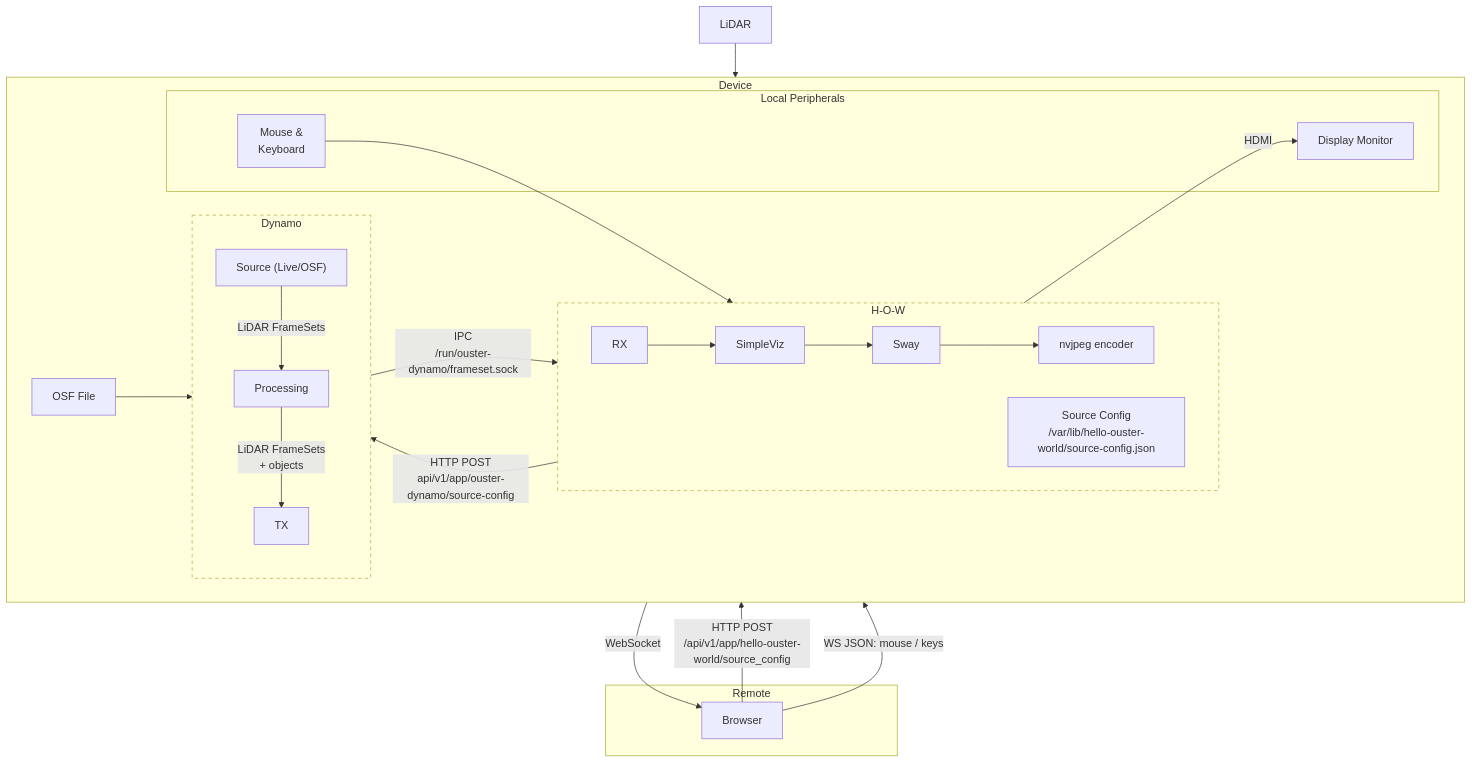
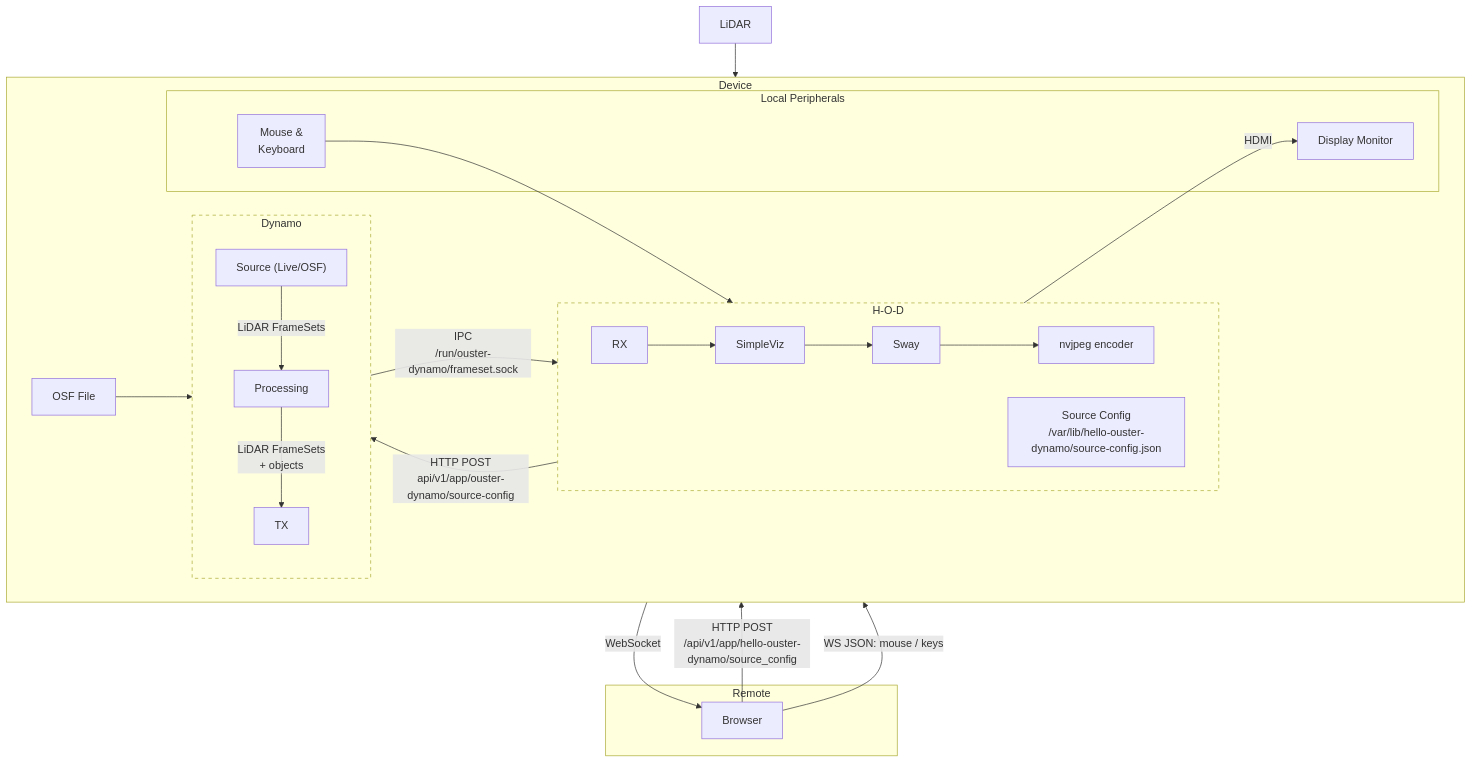
One commit to ouster-lidar/teka-sdk changed the diagram in apps/examples/hello-ouster-dynamo/docs/architecture.mmd. Above: the diagram before and after it, drawn with Mermaid. The commit also changed 34 other files, not shown here.

First line of the commit message:
apps: hello-ouster-dynamo: Give advanced viewer its own identity

```diff
--- a/apps/examples/hello-ouster-dynamo/docs/architecture.mmd
+++ b/apps/examples/hello-ouster-dynamo/docs/architecture.mmd
@@ -1,38 +1,38 @@
 flowchart TB
     subgraph device ["Device"]
         direction LR
         subgraph dyn ["Dynamo"]
             direction TB
             SRC["Source (Live/OSF)"] --> |"LiDAR FrameSets"|PROC["Processing"] --> |"LiDAR FrameSets</br>+ objects"|TXFS["TX"]
         end
         OSF["OSF File"] --> SRC
 
-        subgraph how ["H-O-W"]
+        subgraph dynamo_viewer ["H-O-D"]
             direction LR
             RXFS["RX"] --> SV["SimpleViz"] --> SWAY["Sway"]
-	    HOWSC["Source Config</br>/var/lib/hello-ouster-world/source-config.json"]
+	    HODSC["Source Config</br>/var/lib/hello-ouster-dynamo/source-config.json"]
             SWAY --> NVJPG["nvjpeg encoder"]
         end
 
         TXFS -->|"IPC<br/>/run/ouster-dynamo/frameset.sock"| RXFS
-        HOWSC -->|"HTTP POST</br>api/v1/app/ouster-dynamo/source-config"| SRC
+        HODSC -->|"HTTP POST</br>api/v1/app/ouster-dynamo/source-config"| SRC
 
         subgraph peripherals ["Local Peripherals"]
             MONITOR["Display Monitor"]
             MKBD["Mouse &<br/>Keyboard"]
         end
     end
 
     subgraph remote ["Remote"]
         BR["Browser"]
     end
-    
+
     LIDAR["LiDAR"] --> SRC
     SWAY -->|"HDMI"| MONITOR
     MKBD --> SV
     NVJPG -->|"WebSocket"| BR
-    BR -->|"HTTP POST</br>/api/v1/app/hello-ouster-world/source_config"| HOWSC
+    BR -->|"HTTP POST</br>/api/v1/app/hello-ouster-dynamo/source_config"| HODSC
     BR -->|"WS JSON: mouse / keys"| SV
 
     style dyn stroke-dasharray: 5 5
-    style how stroke-dasharray: 5 5
+    style dynamo_viewer stroke-dasharray: 5 5
```
